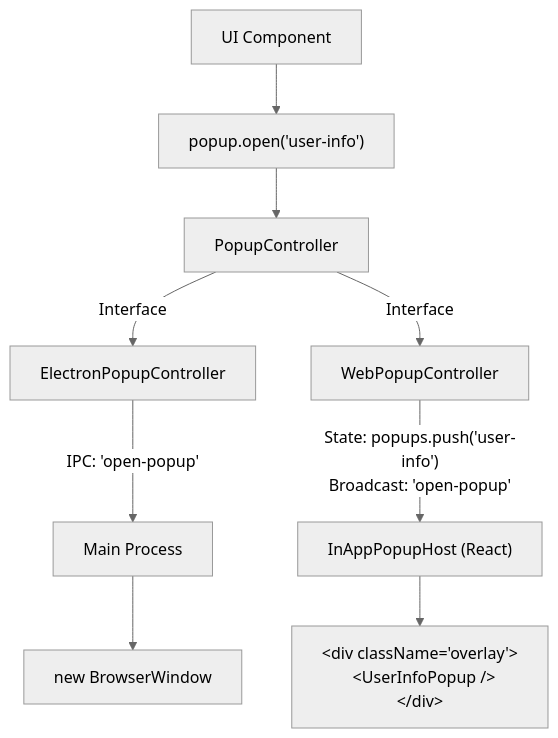
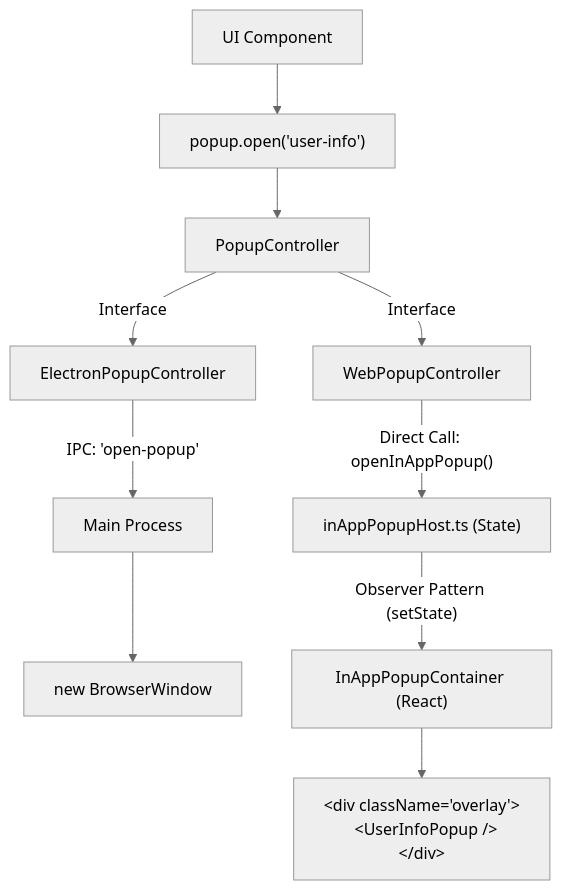
Before and after one commit to NerdyHomeReOpen/RiceCall: the diagram in docs/architecture/02-subsystems/popup-system.md, drawn with Mermaid (neutral theme). The commit also changed other lines of this file and 2 other files, not shown here.

````diff
--- a/docs/architecture/02-subsystems/popup-system.md
+++ b/docs/architecture/02-subsystems/popup-system.md
@@ -18,14 +18,15 @@
 ```mermaid
 graph TD
     UI[UI Component] --> OpenCall["popup.open('user-info')"]
     OpenCall --> Controller[PopupController]
     
     Controller -- Interface --> ElectronCtrl[ElectronPopupController]
     Controller -- Interface --> WebCtrl[WebPopupController]
     
     ElectronCtrl -- "IPC: 'open-popup'" --> Main[Main Process]
     Main --> Window[new BrowserWindow]
     
-    WebCtrl -- "State: popups.push('user-info')<br/>Broadcast: 'open-popup'" --> Host["InAppPopupHost (React)"]
-    Host --> DOM["&lt;div className='overlay'&gt;<br/>&nbsp;&nbsp;&lt;UserInfoPopup /&gt;<br/>&lt;/div&gt;"]
+    WebCtrl -- "Direct Call: openInAppPopup()" --> HostState["inAppPopupHost.ts (State)"]
+    HostState -- "Observer Pattern (setState)" --> Container["InAppPopupContainer (React)"]
+    Container --> DOM["&lt;div className='overlay'&gt;<br/>&nbsp;&nbsp;&lt;UserInfoPopup /&gt;<br/>&lt;/div&gt;"]
 ```
````
